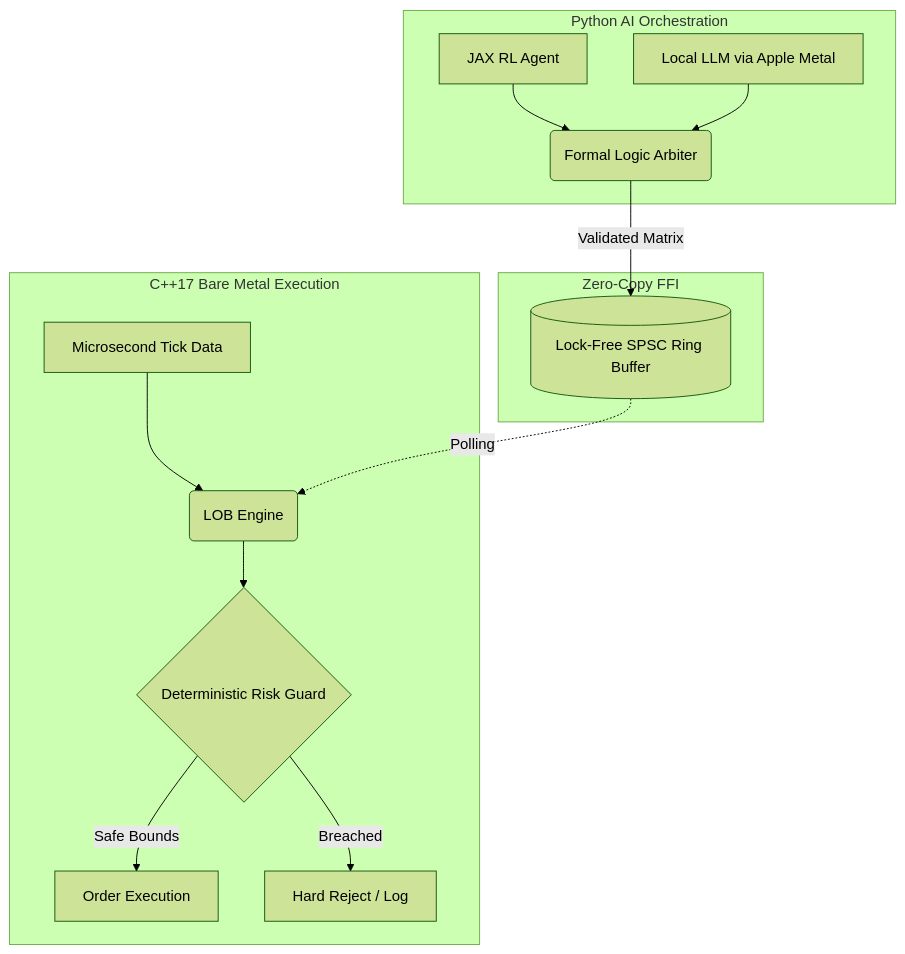
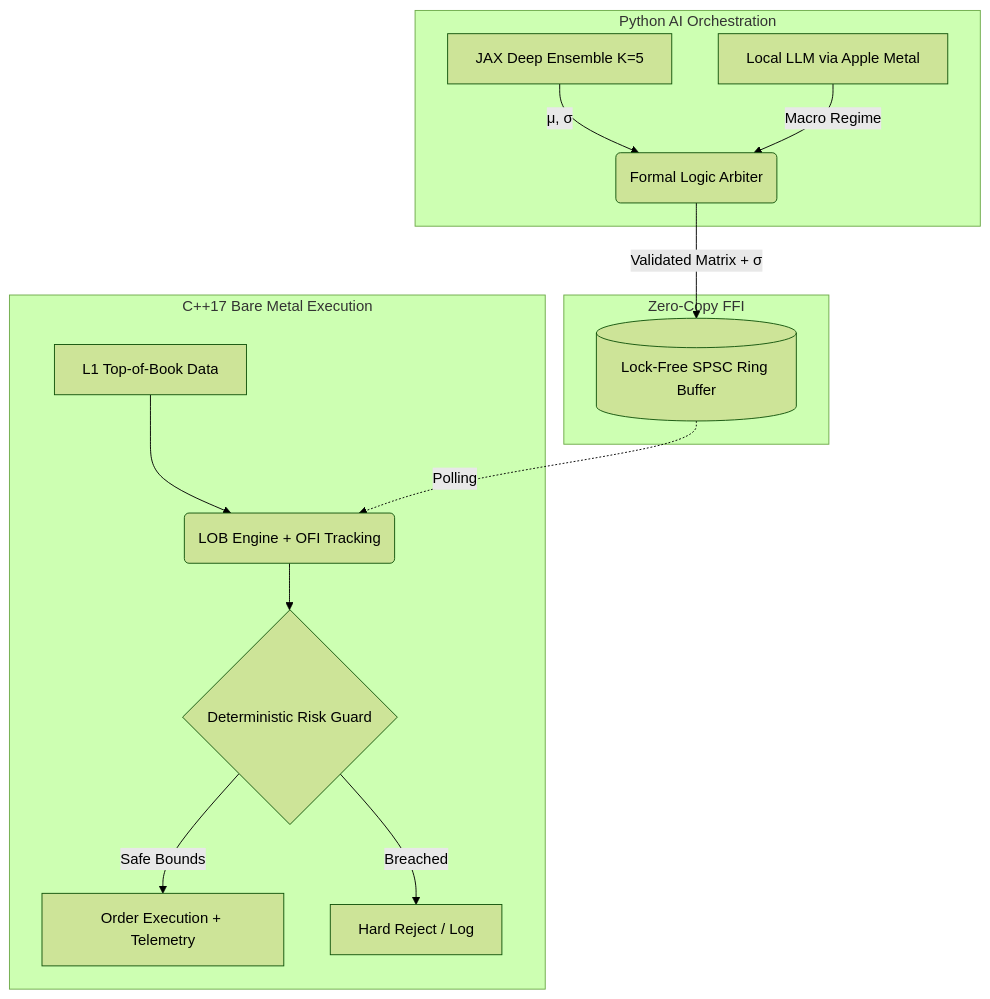
The first of 2 diagrams in README.md (TheRobWoodgate/handelaar_ai_orchestrator), drawn with Mermaid (forest theme) before and after one commit. The commit also changed other lines of this file and 11 other files, not shown here.

First line of the commit message:
Add ensemble uncertainty, thread pinning & L1 OFI

````diff
--- a/README.md
+++ b/README.md
@@ -23,18 +23,18 @@
 ```mermaid
 graph TD
     subgraph Fast Loop [C++17 Bare Metal Execution]
-        A[Microsecond Tick Data] --> B(LOB Engine)
+        A[L1 Top-of-Book Data] --> B(LOB Engine + OFI Tracking)
         B --> C{Deterministic Risk Guard}
-        C -- Safe Bounds --> D[Order Execution]
+        C -- Safe Bounds --> D[Order Execution + Telemetry]
         C -- Breached --> E[Hard Reject / Log]
     end
     subgraph Memory Bridge [Zero-Copy FFI]
         F[(Lock-Free SPSC Ring Buffer)]
     end
     subgraph Slow Loop [Python AI Orchestration]
-        G[JAX RL Agent] --> I(Formal Logic Arbiter)
-        H[Local LLM via Apple Metal] --> I
-        I -- Validated Matrix --> F
+        G[JAX Deep Ensemble K=5] -->|μ, σ| I(Formal Logic Arbiter)
+        H[Local LLM via Apple Metal] -->|Macro Regime| I
+        I -- Validated Matrix + σ --> F
     end
     F -.->|Polling| B
 ```
````
